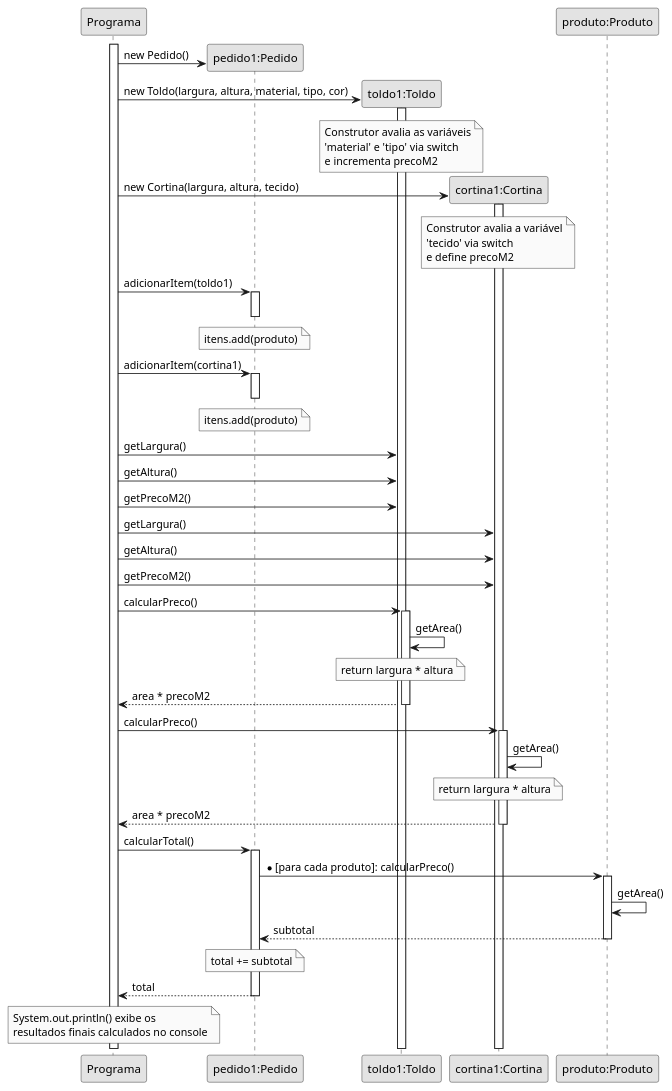
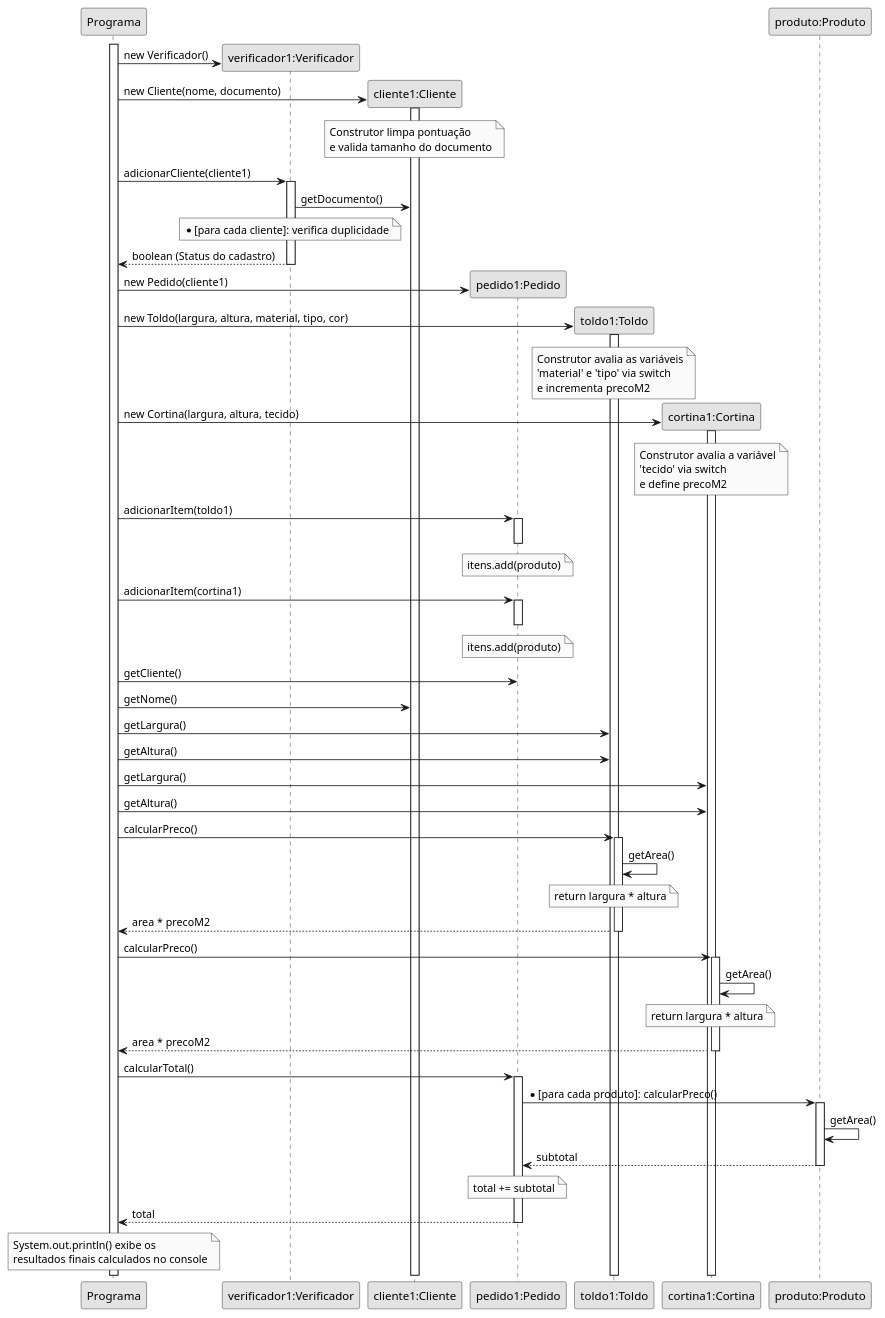
The second of 2 diagrams in README.md (poo-ec-2026-1/g4), drawn with PlantUML before and after one commit. The commit also changed other lines of this file, not shown here.

````diff
--- a/README.md
+++ b/README.md
@@ -116,6 +134,8 @@
 skinparam classAttributeIconSize 0
 
 participant "Programa" as Main
+participant "verificador1:Verificador" as Verificador
+participant "cliente1:Cliente" as Cliente
 participant "pedido1:Pedido" as Pedido
 participant "toldo1:Toldo" as Toldo
 participant "cortina1:Cortina" as Cortina
@@ -123,10 +143,29 @@
 
 activate Main
 
-' 1. Criação genérica dos objetos
+' 1. Inicialização do Verificador
+create Verificador
+Main -> Verificador : new Verificador()
+
+' 2. Criação e Validação do Cliente
+create Cliente
+Main -> Cliente : new Cliente(nome, documento)
+activate Cliente
+    note over Cliente : Construtor limpa pontuação\ne valida tamanho do documento
+deactivate Cliente
+
+Main -> Verificador : adicionarCliente(cliente1)
+activate Verificador
+    Verificador -> Cliente : getDocumento()
+    note over Verificador : *[para cada cliente]: verifica duplicidade
+    Verificador --> Main : boolean (Status do cadastro)
+deactivate Verificador
+
+' 3. Criação genérica do Pedido vinculado ao Cliente
 create Pedido
-Main -> Pedido : new Pedido()
+Main -> Pedido : new Pedido(cliente1)
 
+' 4. Criação genérica dos itens
 create Toldo
 Main -> Toldo : new Toldo(largura, altura, material, tipo, cor)
 activate Toldo
@@ -139,7 +178,7 @@
     note over Cortina : Construtor avalia a variável\n'tecido' via switch\ne define precoM2
 deactivate Cortina
 
-' 2. Adição genérica dos itens à lista
+' 5. Adição genérica dos itens à lista
 Main -> Pedido : adicionarItem(toldo1)
 activate Pedido
     note over Pedido : itens.add(produto)
@@ -150,16 +189,15 @@
     note over Pedido : itens.add(produto)
 deactivate Pedido
 
-' 3. Consultas genéricas de atributos (Gets)
+' 6. Consultas genéricas de atributos (Gets)
+Main -> Pedido : getCliente()
+Main -> Cliente : getNome()
 Main -> Toldo : getLargura()
 Main -> Toldo : getAltura()
-Main -> Toldo : getPrecoM2()
-
 Main -> Cortina : getLargura()
 Main -> Cortina : getAltura()
-Main -> Cortina : getPrecoM2()
 
-' 4. Cálculos individuais de preços
+' 7. Cálculos individuais de preços
 Main -> Toldo : calcularPreco()
 activate Toldo
     Toldo -> Toldo : getArea()
@@ -174,7 +212,7 @@
     Cortina --> Main : area * precoM2
 deactivate Cortina
 
-' 5. Processamento do cálculo total acumulado do pedido
+' 8. Processamento do cálculo total acumulado do pedido
 Main -> Pedido : calcularTotal()
 activate Pedido
     
@@ -191,6 +229,5 @@
 
 ' O fluxo apenas termina com a saída de dados gerada no console
 note over Main : System.out.println() exibe os\nresultados finais calculados no console
-
 @enduml
 ```
````
